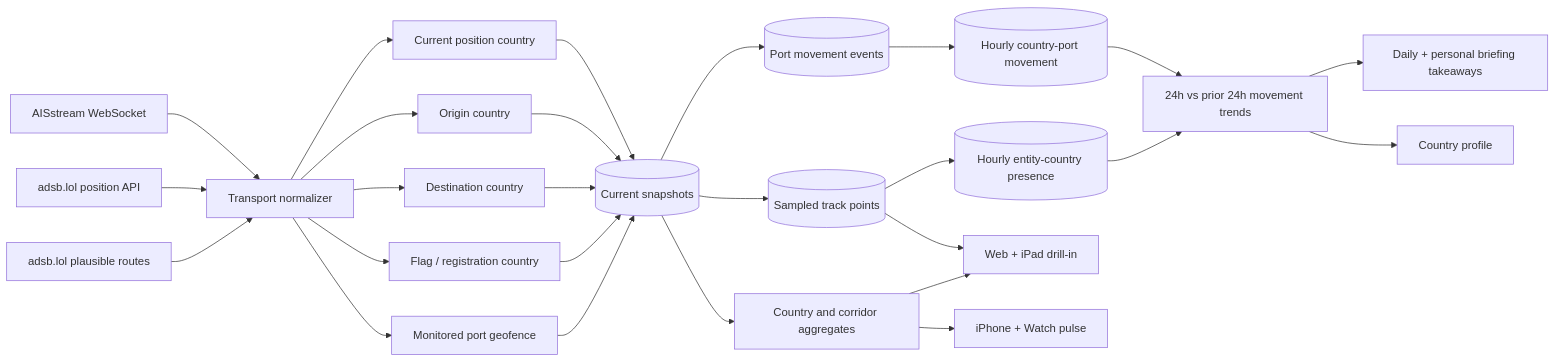
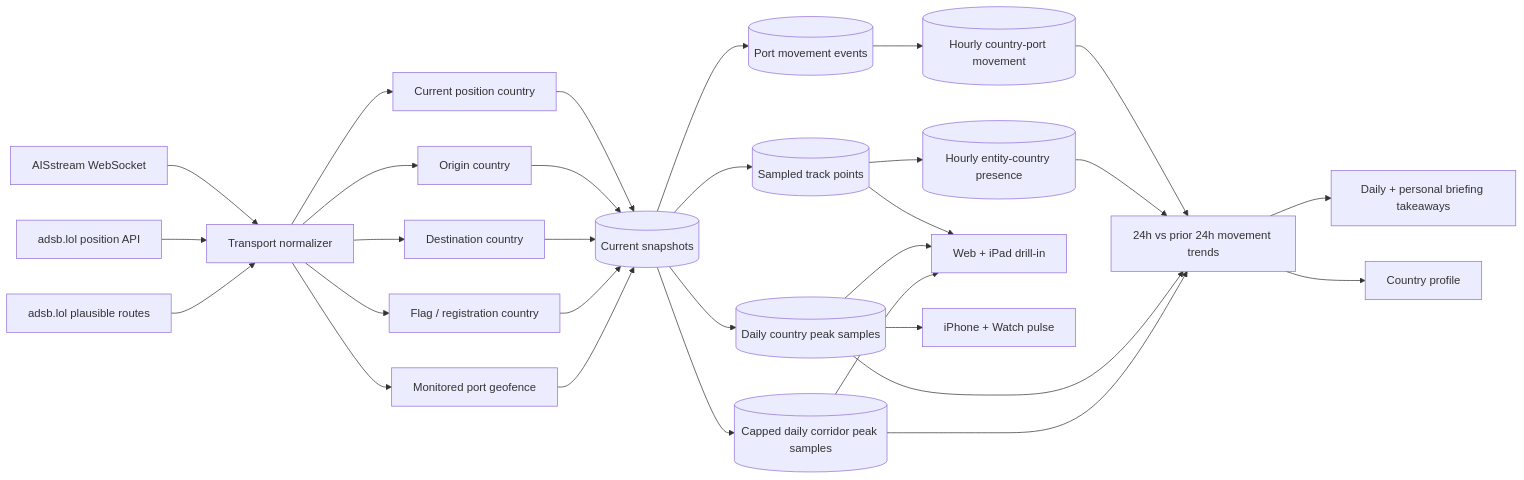
Before and after one commit to eojgroup/claritas: the diagram in docs/transport-intelligence.md, drawn with Mermaid. The commit also changed other lines of this file and 42 other files, not shown here.

````diff
--- a/docs/transport-intelligence.md
+++ b/docs/transport-intelligence.md
@@ -7,28 +7,32 @@
 ```mermaid
 flowchart LR
   AIS[AISstream WebSocket] --> Normalize[Transport normalizer]
   ADSB[adsb.lol position API] --> Normalize
   ADSBRoute[adsb.lol plausible routes] --> Normalize
   Normalize --> Position[Current position country]
   Normalize --> Origin[Origin country]
   Normalize --> Destination[Destination country]
   Normalize --> Flag[Flag / registration country]
   Normalize --> Port[Monitored port geofence]
   Position --> Snapshot[(Current snapshots)]
   Origin --> Snapshot
   Destination --> Snapshot
   Flag --> Snapshot
   Port --> Snapshot
   Snapshot --> Trail[(Sampled track points)]
   Snapshot --> Event[(Port movement events)]
   Trail --> Presence[(Hourly entity-country presence)]
+  Snapshot --> DailyCountry[(Daily country peak samples)]
+  Snapshot --> DailyCorridor[(Capped daily corridor peak samples)]
   Event --> MovementHour[(Hourly country-port movement)]
-  Snapshot --> Aggregate[Country and corridor aggregates]
   MovementHour --> Trend[24h vs prior 24h movement trends]
   Presence --> Trend
+  DailyCountry --> Trend
+  DailyCorridor --> Trend
   Trend --> Briefing[Daily + personal briefing takeaways]
   Trend --> Profile[Country profile]
   Trail --> Full[Web + iPad drill-in]
-  Aggregate --> Full
-  Aggregate --> Compact[iPhone + Watch pulse]
+  DailyCountry --> Full
+  DailyCorridor --> Full
+  DailyCountry --> Compact[iPhone + Watch pulse]
 ```
````
